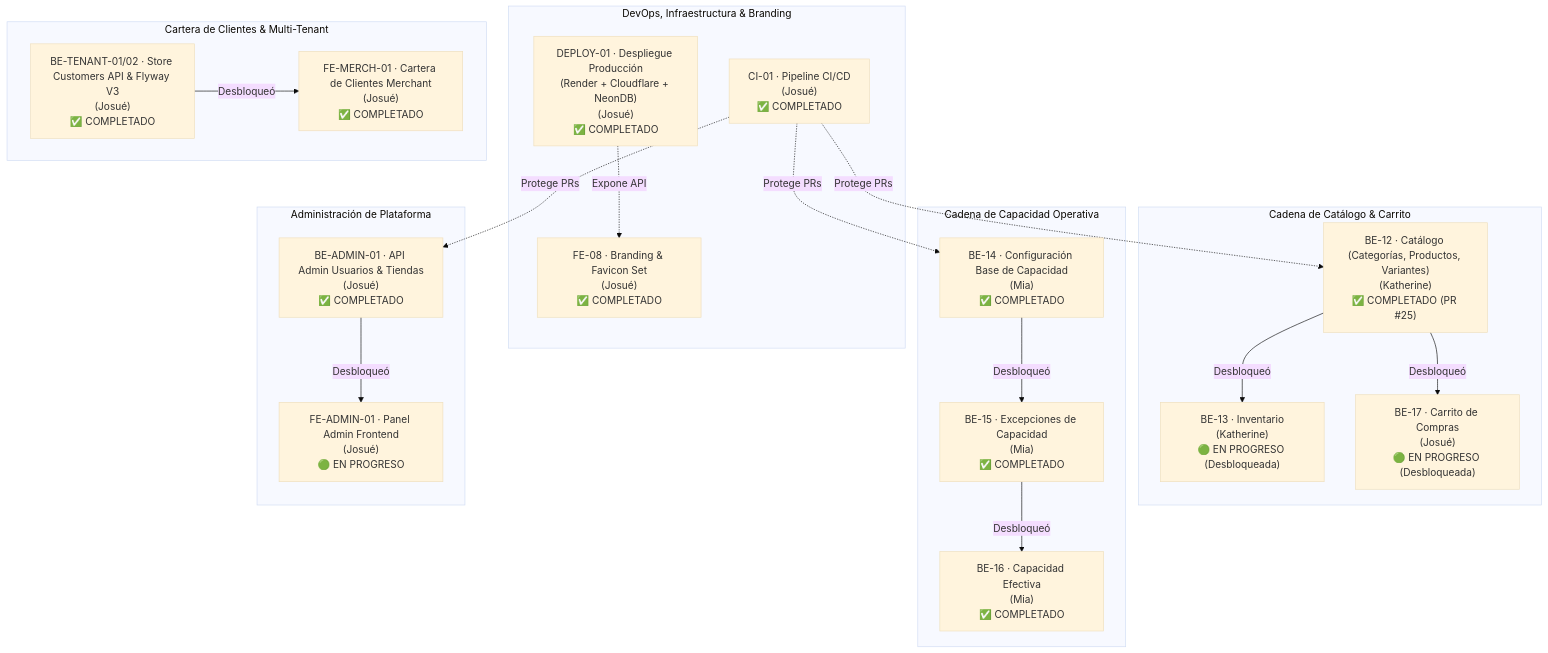
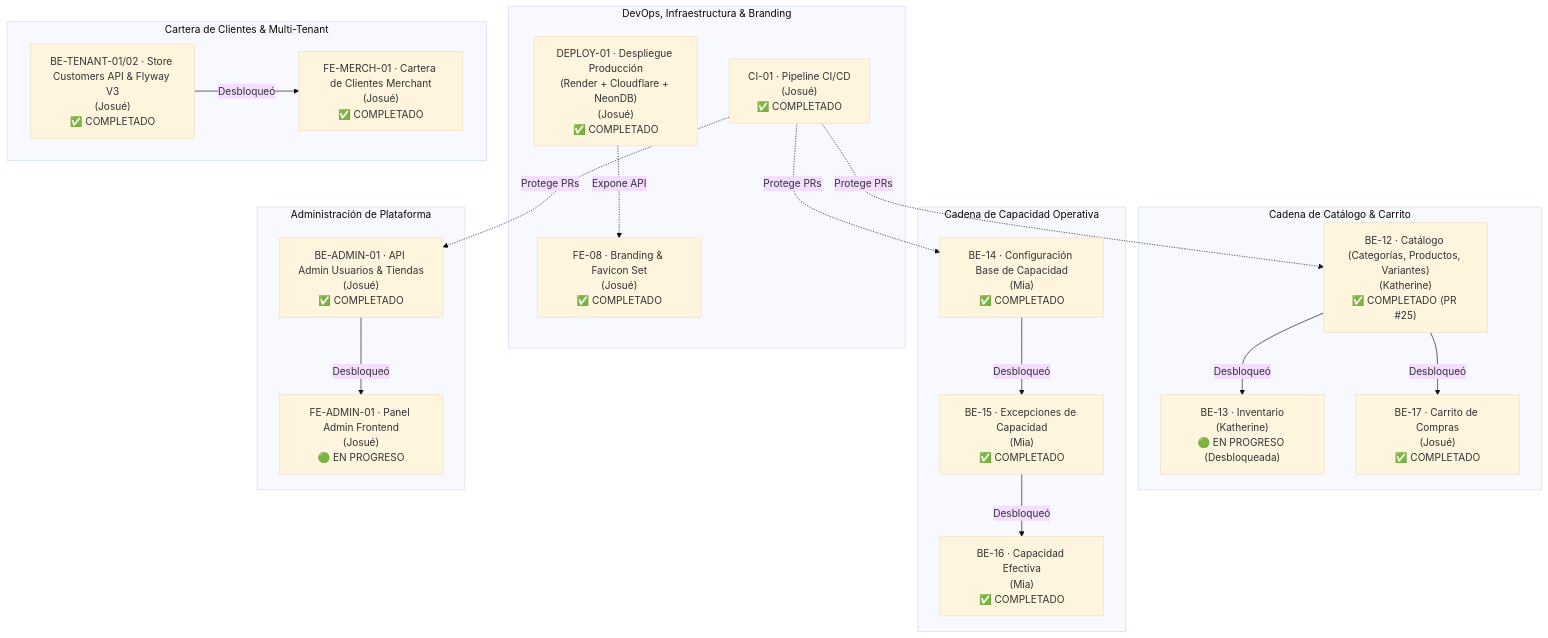
Before and after one commit to iJosueeh/jaldishop: the first of 2 diagrams in docs/06-scrum/sprint-03.md, drawn with Mermaid (base theme). The commit also changed 3 other files, not shown here.

````diff
--- a/docs/06-scrum/sprint-03.md
+++ b/docs/06-scrum/sprint-03.md
@@ -27,41 +27,41 @@
 ```mermaid
 flowchart TD
     subgraph DEVOPS["DevOps, Infraestructura & Branding"]
         CI01["CI-01 · Pipeline CI/CD<br/>(Josué)<br/>✅ COMPLETADO"]
         DEPLOY01["DEPLOY-01 · Despliegue Producción<br/>(Render + Cloudflare + NeonDB)<br/>(Josué)<br/>✅ COMPLETADO"]
         FE08["FE-08 · Branding & Favicon Set<br/>(Josué)<br/>✅ COMPLETADO"]
     end
 
     subgraph CATALOGO["Cadena de Catálogo & Carrito"]
         BE12["BE-12 · Catálogo (Categorías, Productos, Variantes)<br/>(Katherine)<br/>✅ COMPLETADO (PR #25)"]
         BE13["BE-13 · Inventario<br/>(Katherine)<br/>🟢 EN PROGRESO (Desbloqueada)"]
-        BE17["BE-17 · Carrito de Compras<br/>(Josué)<br/>🟢 EN PROGRESO (Desbloqueada)"]
+        BE17["BE-17 · Carrito de Compras<br/>(Josué)<br/>✅ COMPLETADO"]
         BE12 -->|Desbloqueó| BE13
         BE12 -->|Desbloqueó| BE17
     end
 
     subgraph CAPACIDAD["Cadena de Capacidad Operativa"]
         BE14["BE-14 · Configuración Base de Capacidad<br/>(Mia)<br/>✅ COMPLETADO"]
         BE15["BE-15 · Excepciones de Capacidad<br/>(Mia)<br/>✅ COMPLETADO"]
         BE16["BE-16 · Capacidad Efectiva<br/>(Mia)<br/>✅ COMPLETADO"]
         BE14 -->|Desbloqueó| BE15
         BE15 -->|Desbloqueó| BE16
     end
 
     subgraph TENANT_CUSTOMERS["Cartera de Clientes & Multi-Tenant"]
         BETENANT01["BE-TENANT-01/02 · Store Customers API & Flyway V3<br/>(Josué)<br/>✅ COMPLETADO"]
         FEMERCH01["FE-MERCH-01 · Cartera de Clientes Merchant<br/>(Josué)<br/>✅ COMPLETADO"]
         BETENANT01 -->|Desbloqueó| FEMERCH01
     end
 
     subgraph ADMIN["Administración de Plataforma"]
         BEADMIN01["BE-ADMIN-01 · API Admin Usuarios & Tiendas<br/>(Josué)<br/>✅ COMPLETADO"]
         FEADMIN01["FE-ADMIN-01 · Panel Admin Frontend<br/>(Josué)<br/>🟢 EN PROGRESO"]
         BEADMIN01 -->|Desbloqueó| FEADMIN01
     end
 
     CI01 -. Protege PRs .-> BE12
     CI01 -. Protege PRs .-> BE14
     CI01 -. Protege PRs .-> BEADMIN01
     DEPLOY01 -. Expone API .-> FE08
 ```
````
